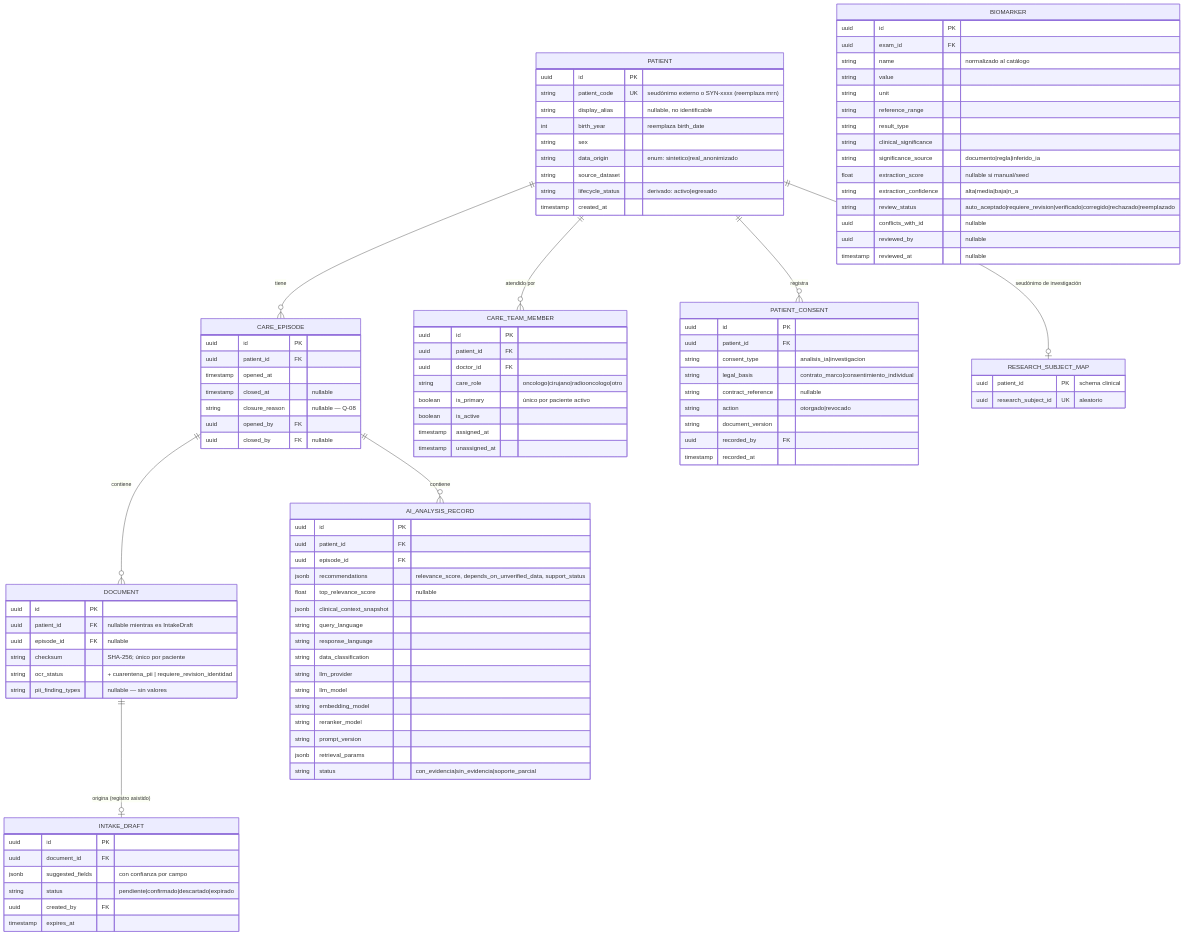
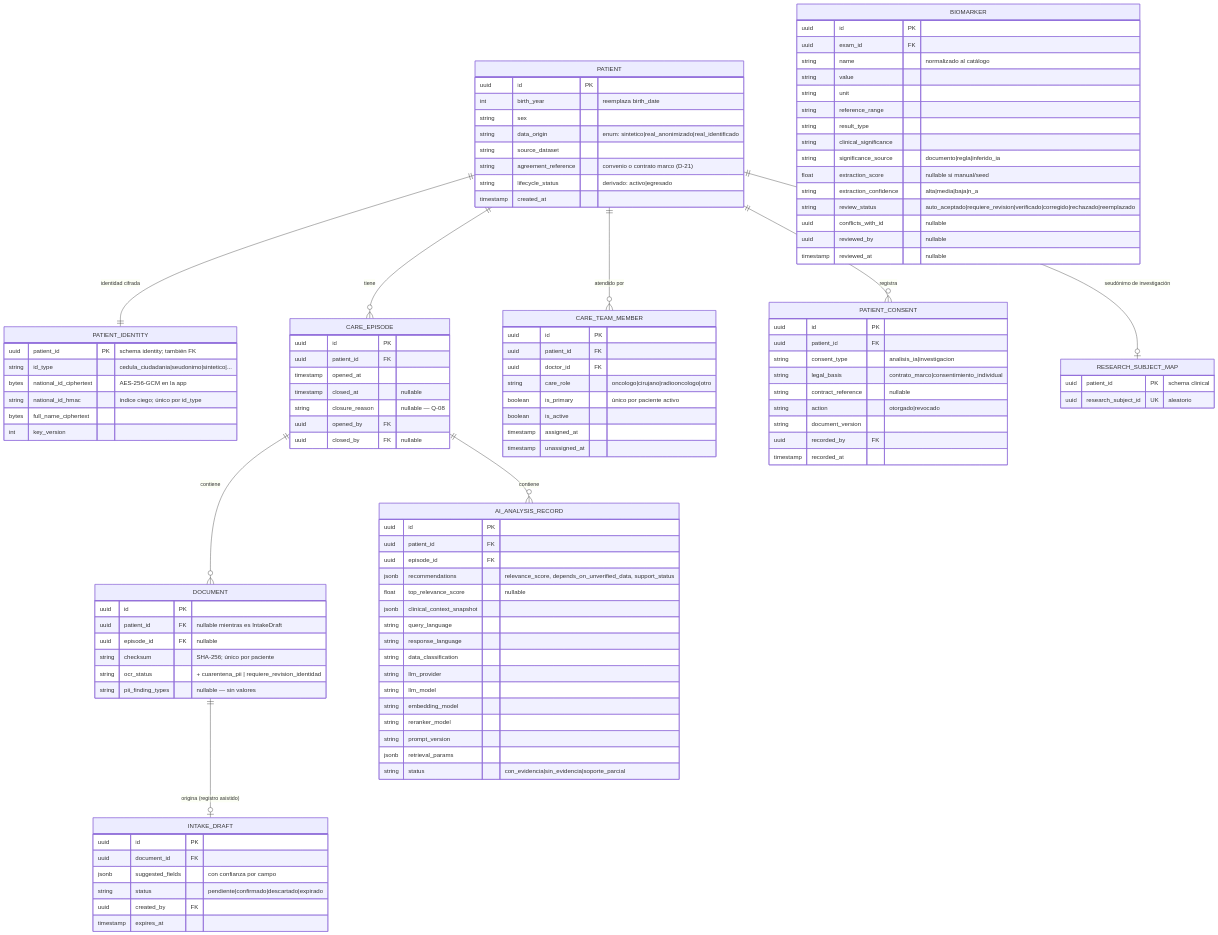
The fourth of 4 diagrams in docs/review/propuesta-de-solucion.md (hatrickmario/OncoLens-Lab), drawn with Mermaid before and after one commit. The commit also changed other lines of this file, not shown here.

```diff
--- a/docs/review/propuesta-de-solucion.md
+++ b/docs/review/propuesta-de-solucion.md
@@ -763,14 +890,21 @@
 erDiagram
     PATIENT {
         uuid id PK
-        string patient_code UK "seudónimo externo o SYN-xxxx (reemplaza mrn)"
-        string display_alias "nullable, no identificable"
         int birth_year "reemplaza birth_date"
         string sex
-        string data_origin "enum: sintetico|real_anonimizado"
+        string data_origin "enum: sintetico|real_anonimizado|real_identificado"
         string source_dataset
+        string agreement_reference "convenio o contrato marco (D-21)"
         string lifecycle_status "derivado: activo|egresado"
         timestamp created_at
+    }
+    PATIENT_IDENTITY {
+        uuid patient_id PK "schema identity; también FK"
+        string id_type "cedula_ciudadania|seudonimo|sintetico|..."
+        bytes national_id_ciphertext "AES-256-GCM en la app"
+        string national_id_hmac "índice ciego; único por id_type"
+        bytes full_name_ciphertext
+        int key_version
     }
     CARE_EPISODE {
         uuid id PK
@@ -857,6 +991,7 @@
         uuid patient_id PK "schema clinical"
         uuid research_subject_id UK "aleatorio"
     }
+    PATIENT ||--|| PATIENT_IDENTITY : "identidad cifrada"
     PATIENT ||--o{ CARE_EPISODE : tiene
     PATIENT ||--o{ CARE_TEAM_MEMBER : "atendido por"
     PATIENT ||--o{ PATIENT_CONSENT : registra
```
